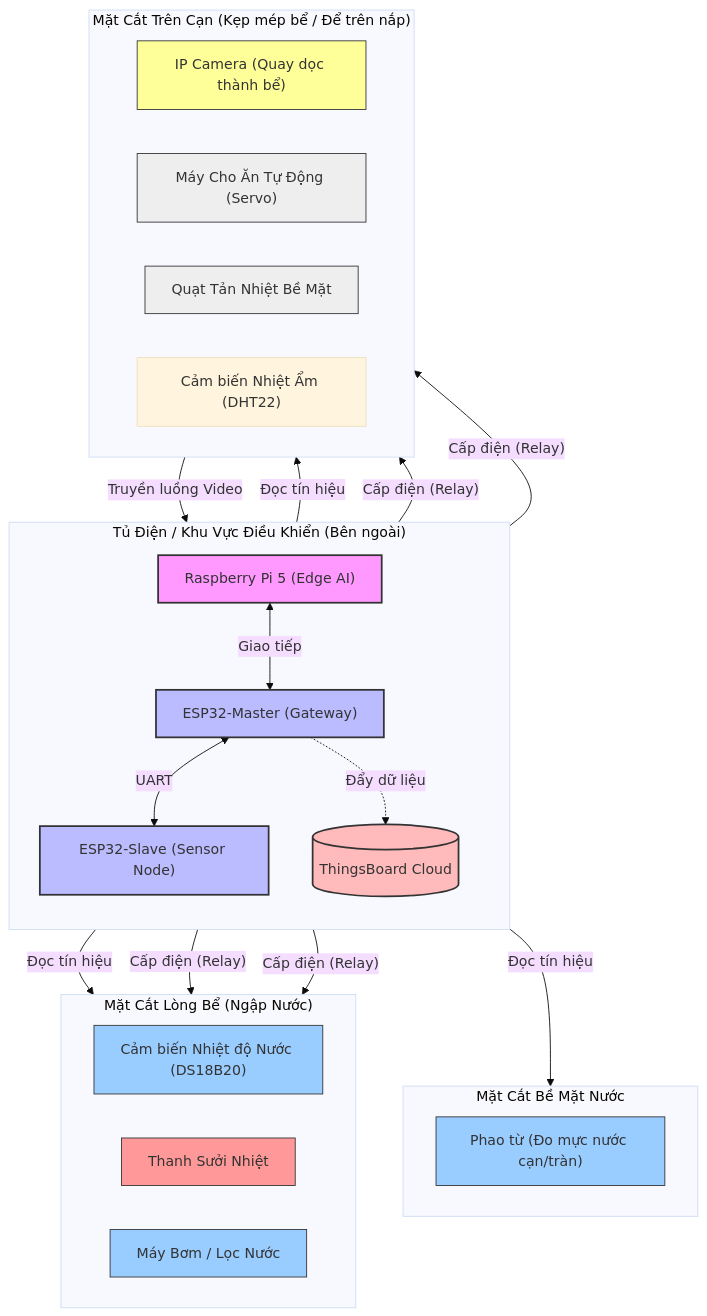
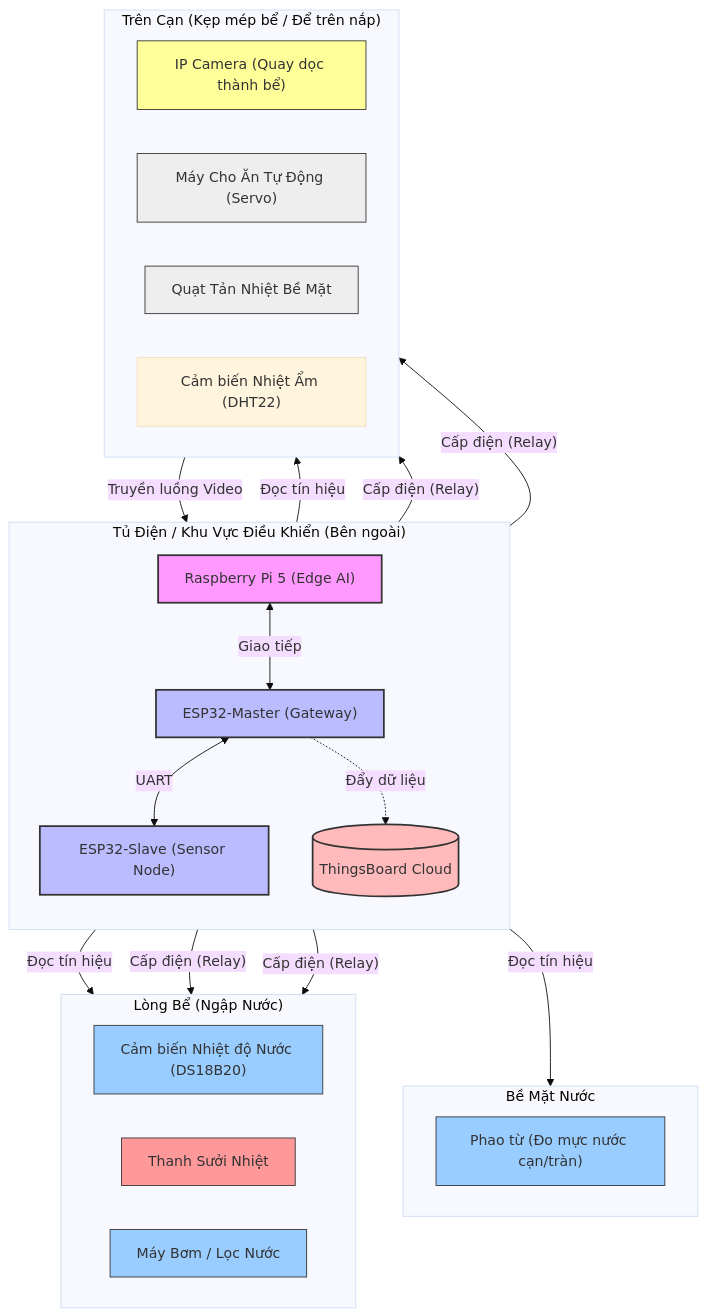
One commit to talkwitht21-stack/HE_THONG_BE_CA_SIC changed the second of 2 diagrams in README.md. Above: the diagram before and after it, drawn with Mermaid (base theme). The commit also changed other lines of this file, not shown here.

````diff
--- a/README.md
+++ b/README.md
@@ -122,63 +147,63 @@
 ```mermaid
 graph TD
     %% Khối Điện toán (Bên ngoài bể)
     subgraph Box ["Tủ Điện / Khu Vực Điều Khiển (Bên ngoài)"]
         direction TB
         Pi["Raspberry Pi 5 (Edge AI)"]
         ESPM["ESP32-Master (Gateway)"]
         ESPS["ESP32-Slave (Sensor Node)"]
         
         Pi <-->|Giao tiếp| ESPM
         ESPM <-->|UART| ESPS
         ESPM -.->|Đẩy dữ liệu| Cloud[("ThingsBoard Cloud")]
     end
 
     %% Khối Thiết bị Gắn Mép Bể (Trên Cạn)
-    subgraph SurfaceDry ["Mặt Cắt Trên Cạn (Kẹp mép bể / Để trên nắp)"]
+    subgraph SurfaceDry ["Trên Cạn (Kẹp mép bể / Để trên nắp)"]
         direction LR
         Cam["IP Camera (Quay dọc thành bể)"]
         Feed["Máy Cho Ăn Tự Động (Servo)"]
         Fan["Quạt Tản Nhiệt Bề Mặt"]
         DHT["Cảm biến Nhiệt Ẩm (DHT22)"]
     end
 
     %% Khối Bề Mặt Nước
-    subgraph SurfaceWater ["Mặt Cắt Bề Mặt Nước"]
+    subgraph SurfaceWater ["Bề Mặt Nước"]
         direction LR
         WaterLevel["Phao từ (Đo mực nước cạn/tràn)"]
     end
 
     %% Khối Ngập Nước
-    subgraph Underwater ["Mặt Cắt Lòng Bể (Ngập Nước)"]
+    subgraph Underwater ["Lòng Bể (Ngập Nước)"]
         direction LR
         Temp["Cảm biến Nhiệt độ Nước (DS18B20)"]
         Heater["Thanh Sưởi Nhiệt"]
         Pump["Máy Bơm / Lọc Nước"]
     end
 
     %% Kết nối vật lý
     Cam -->|"Truyền luồng Video"| Pi
     ESPS -->|"Đọc tín hiệu"| DHT
     ESPS -->|"Đọc tín hiệu"| WaterLevel
     ESPS -->|"Đọc tín hiệu"| Temp
     
     ESPS -->|"Cấp điện (Relay)"| Feed
     ESPS -->|"Cấp điện (Relay)"| Fan
     ESPS -->|"Cấp điện (Relay)"| Heater
     ESPS -->|"Cấp điện (Relay)"| Pump
     
     %% Định dạng màu sắc để dễ nhìn
     style Pi fill:#f9f,stroke:#333,stroke-width:2px
     style ESPM fill:#bbf,stroke:#333,stroke-width:2px
     style ESPS fill:#bbf,stroke:#333,stroke-width:2px
     style Cloud fill:#fbb,stroke:#333,stroke-width:2px
     
     style Cam fill:#ff9,stroke:#333,stroke-width:1px
     style Feed fill:#eee,stroke:#333,stroke-width:1px
     style Fan fill:#eee,stroke:#333,stroke-width:1px
     
     style Temp fill:#9cf,stroke:#333,stroke-width:1px
     style Heater fill:#f99,stroke:#333,stroke-width:1px
     style Pump fill:#9cf,stroke:#333,stroke-width:1px
     style WaterLevel fill:#9cf,stroke:#333,stroke-width:1px
 ```
````
